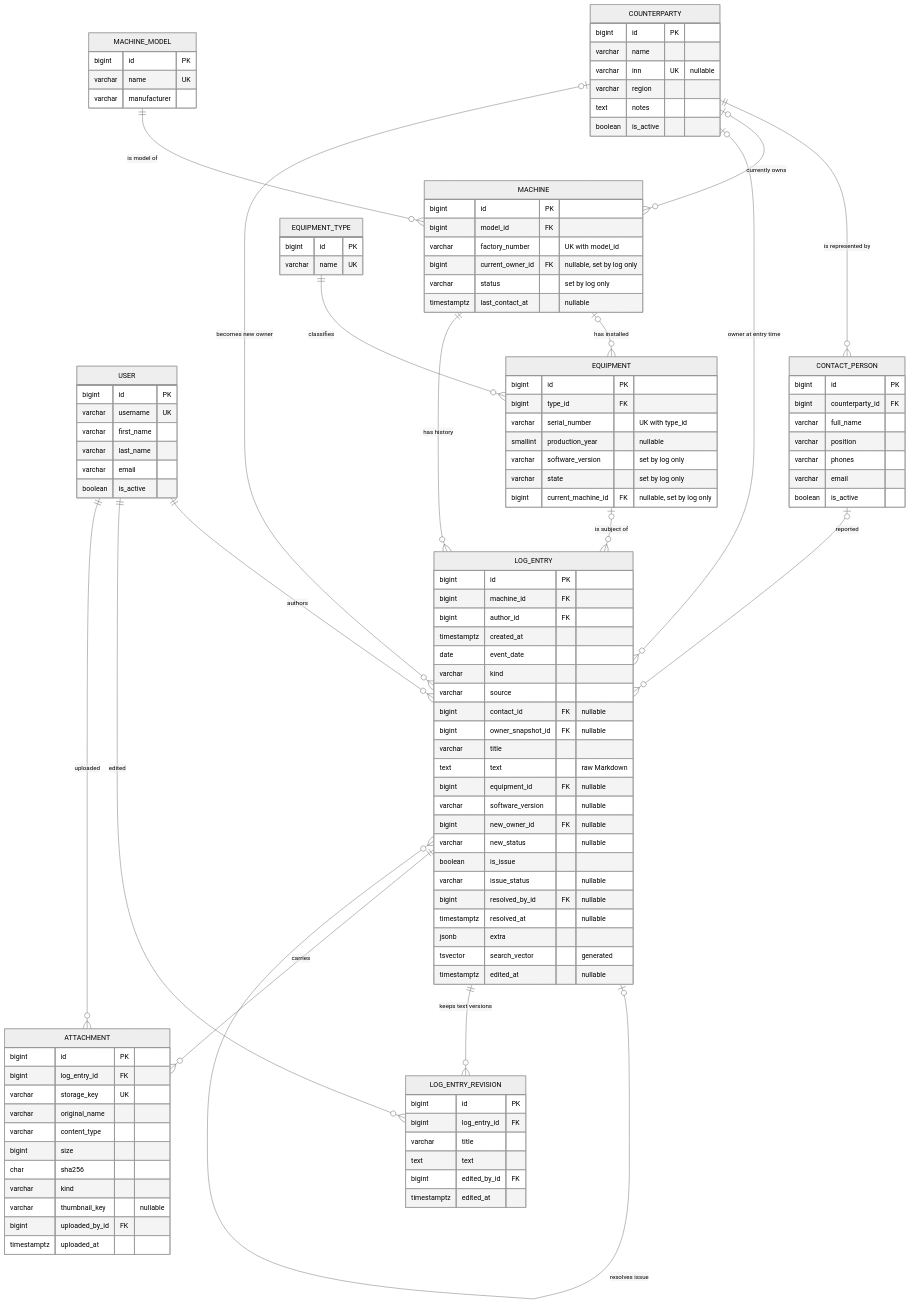
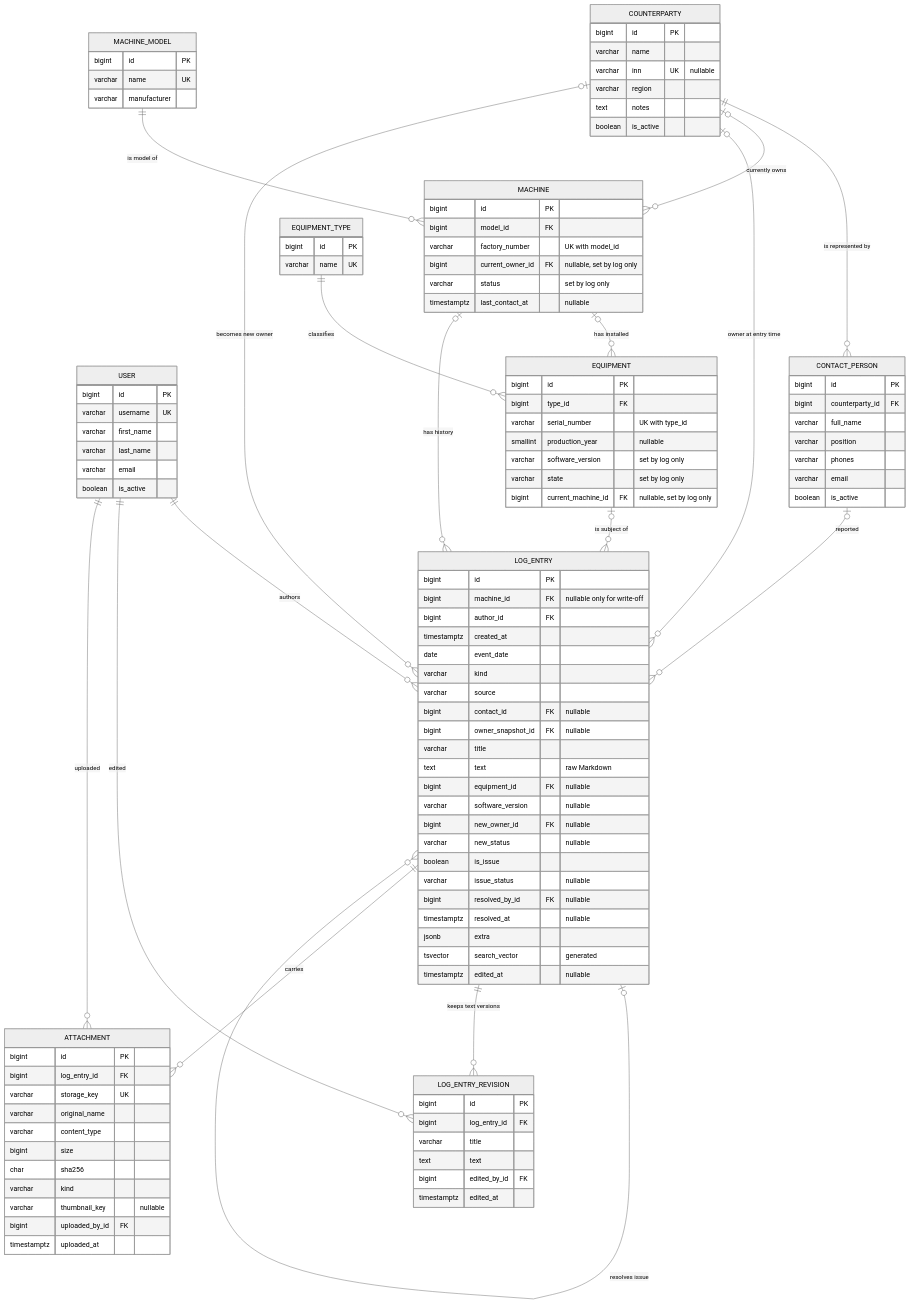
One commit to XeN9GeN/TrackRecord changed the diagram in docs/ER_MODEL.md. Above: the diagram before and after it, drawn with Mermaid (neutral theme). The commit also changed other lines of this file and 5 other files, not shown here.

First line of the commit message:
Record text revisions and machine-less write-off decisions

```diff
--- a/docs/ER_MODEL.md
+++ b/docs/ER_MODEL.md
@@ -62,7 +63,7 @@
     }
     LOG_ENTRY {
         bigint id PK
-        bigint machine_id FK
+        bigint machine_id FK "nullable only for write-off"
         bigint author_id FK
         timestamptz created_at
         date event_date
@@ -111,7 +112,7 @@
     MACHINE_MODEL ||--o{ MACHINE : "is model of"
     EQUIPMENT_TYPE ||--o{ EQUIPMENT : "classifies"
     MACHINE |o--o{ EQUIPMENT : "has installed"
-    MACHINE ||--o{ LOG_ENTRY : "has history"
+    MACHINE |o--o{ LOG_ENTRY : "has history"
     USER ||--o{ LOG_ENTRY : "authors"
     CONTACT_PERSON |o--o{ LOG_ENTRY : "reported"
     COUNTERPARTY |o--o{ LOG_ENTRY : "owner at entry time"
```
